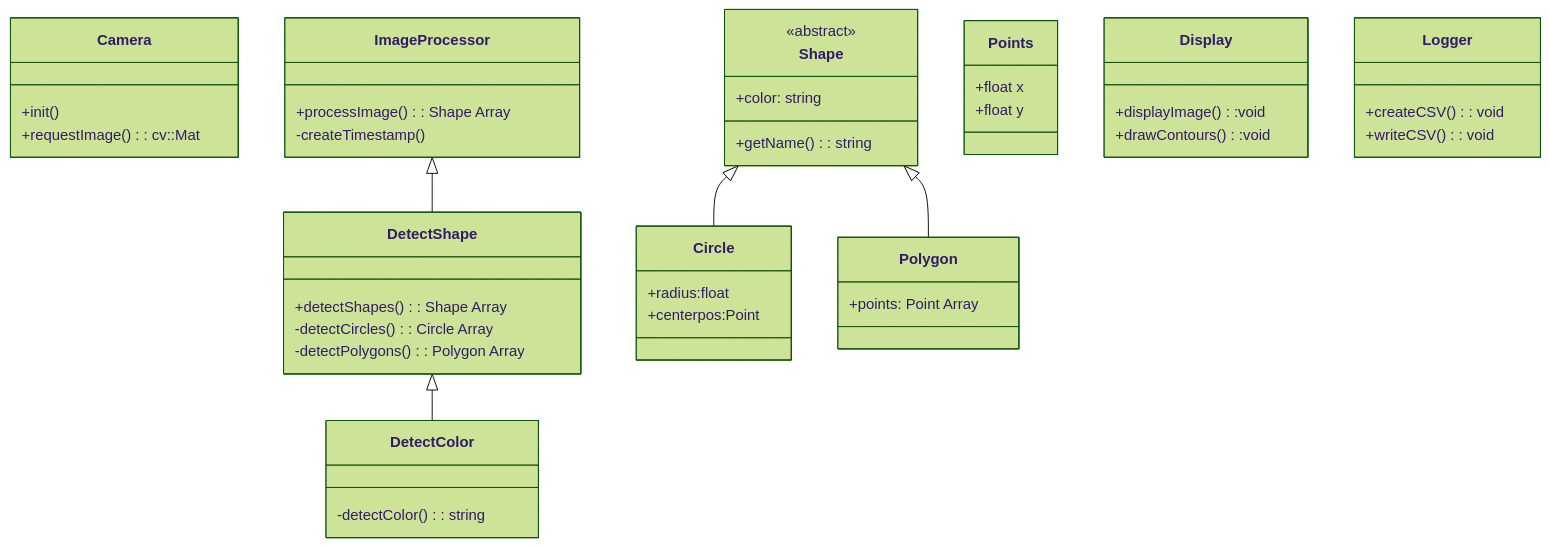
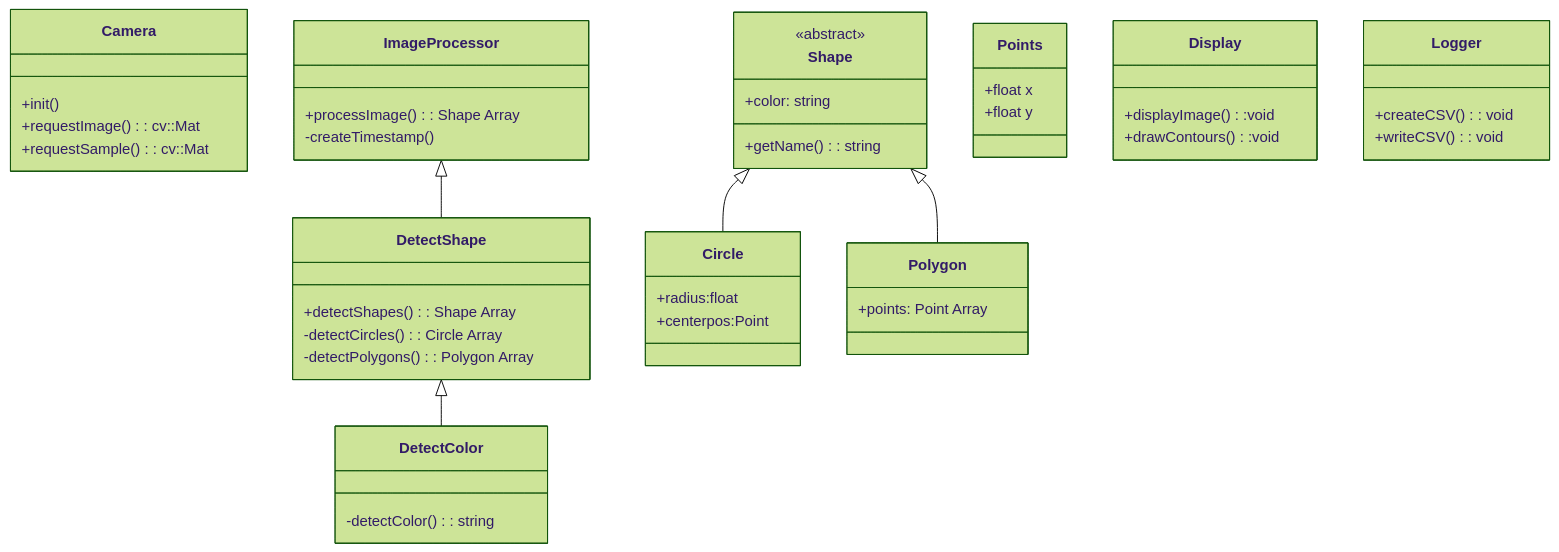
The fourth of 4 diagrams in doc/ProjectMap.md (lightfreak8/fhgr-sweng), drawn with Mermaid (forest theme) before and after one commit.

Commit message:
extended at classes

````diff
--- a/doc/ProjectMap.md
+++ b/doc/ProjectMap.md
@@ -102,58 +102,59 @@
 ```mermaid
  classDiagram
 
       class Camera{
         +init()
         +requestImage(): cv::Mat
+        +requestSample(): cv::Mat
       }
 
       ImageProcessor <|-- DetectShape
       class ImageProcessor{
           +processImage(): Shape Array
           -createTimestamp()
       }
 
       DetectShape <|-- DetectColor
       class DetectShape{
         +detectShapes(): Shape Array
         -detectCircles(): Circle Array
         -detectPolygons(): Polygon Array
       }
 
       Shape <|-- Circle
       Shape <|-- Polygon
 
       class Points{
         +float x
         +float y
       }
       class Shape{
         <<abstract>>
         +getName(): string
         +color: string
 
       }
       class Circle{
         +radius:float
         +centerpos:Point
 
       }
       class Polygon{
         +points: Point Array
       }
 
       class DetectColor{
           -detectColor(): string
       }
 
       class Display{
           +displayImage():void
           +drawContours():void
       }
 
       class Logger{
           +createCSV(): void
           +writeCSV(): void
       }
 
 ```
````
